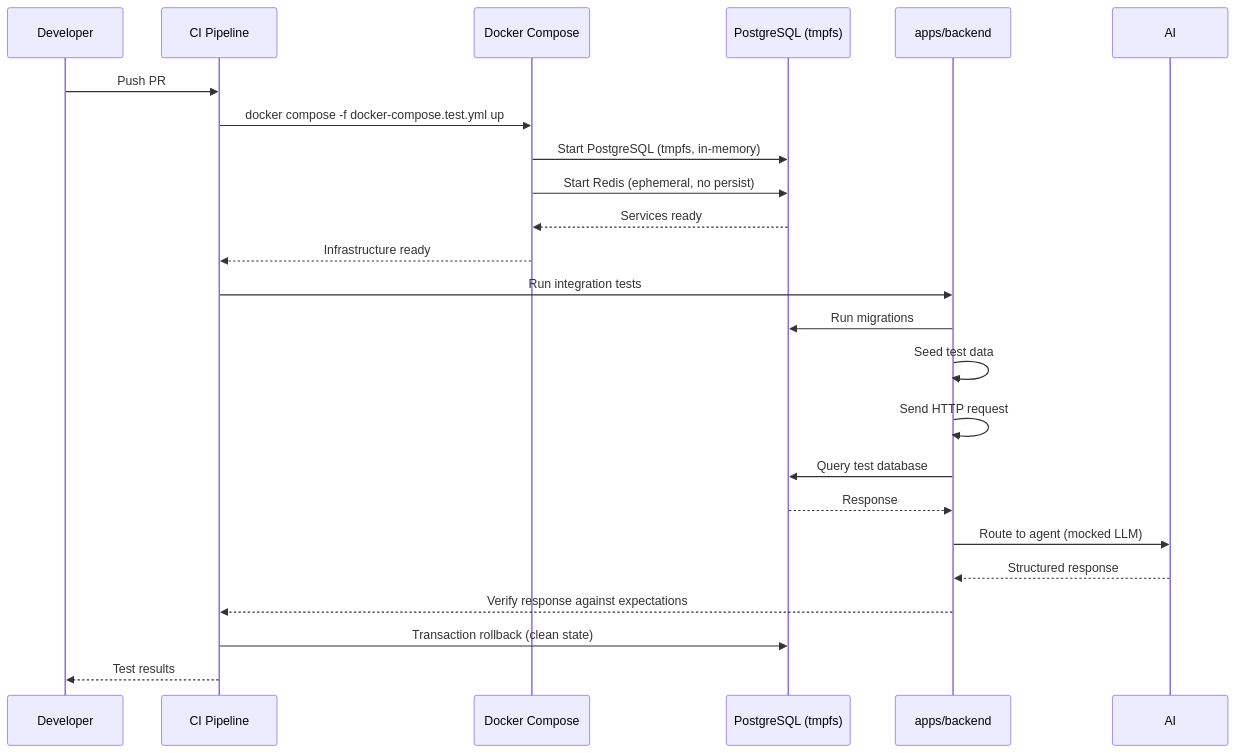
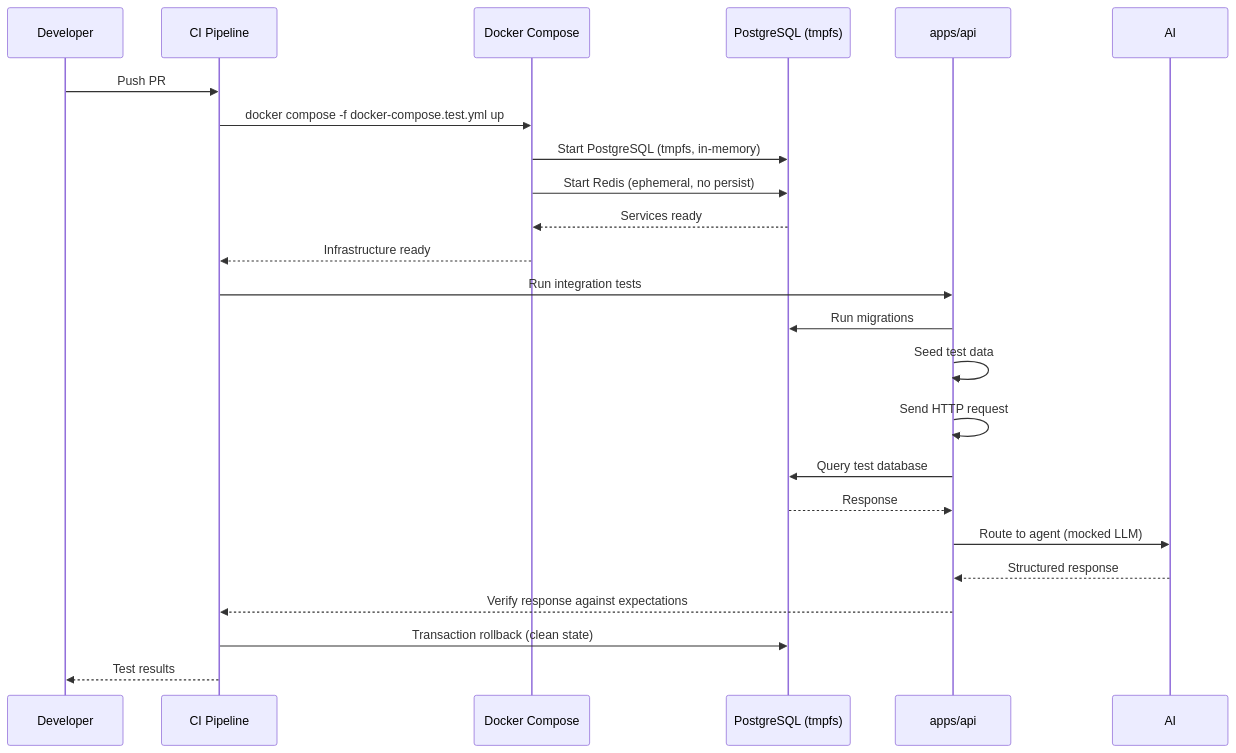
Before and after one commit to Driftloom/Vaeloom: the second of 2 diagrams in docs/testing/Integration-Testing.md, drawn with Mermaid. The commit also changed other lines of this file and 730 other files, not shown here.

First line of the commit message:
refactor: rename apps/backend to apps/api + upgrade MVP-P02 prompt

````diff
--- a/docs/testing/Integration-Testing.md
+++ b/docs/testing/Integration-Testing.md
@@ -287,26 +287,26 @@
 ```mermaid
 sequenceDiagram
     participant DEV as Developer
     participant CI as CI Pipeline
     participant DC as Docker Compose
     participant PG as PostgreSQL (tmpfs)
-    participant API as apps/backend
+    participant API as apps/api
 
     DEV->>CI: Push PR
     CI->>DC: docker compose -f docker-compose.test.yml up
     DC->>PG: Start PostgreSQL (tmpfs, in-memory)
     DC->>PG: Start Redis (ephemeral, no persist)
     PG-->>DC: Services ready
     DC-->>CI: Infrastructure ready
     CI->>API: Run integration tests
     API->>PG: Run migrations
     API->>API: Seed test data
     API->>API: Send HTTP request
     API->>PG: Query test database
     PG-->>API: Response
     API->>AI: Route to agent (mocked LLM)
     AI-->>API: Structured response
     API-->>CI: Verify response against expectations
     CI->>PG: Transaction rollback (clean state)
     CI-->>DEV: Test results
 ```
````
